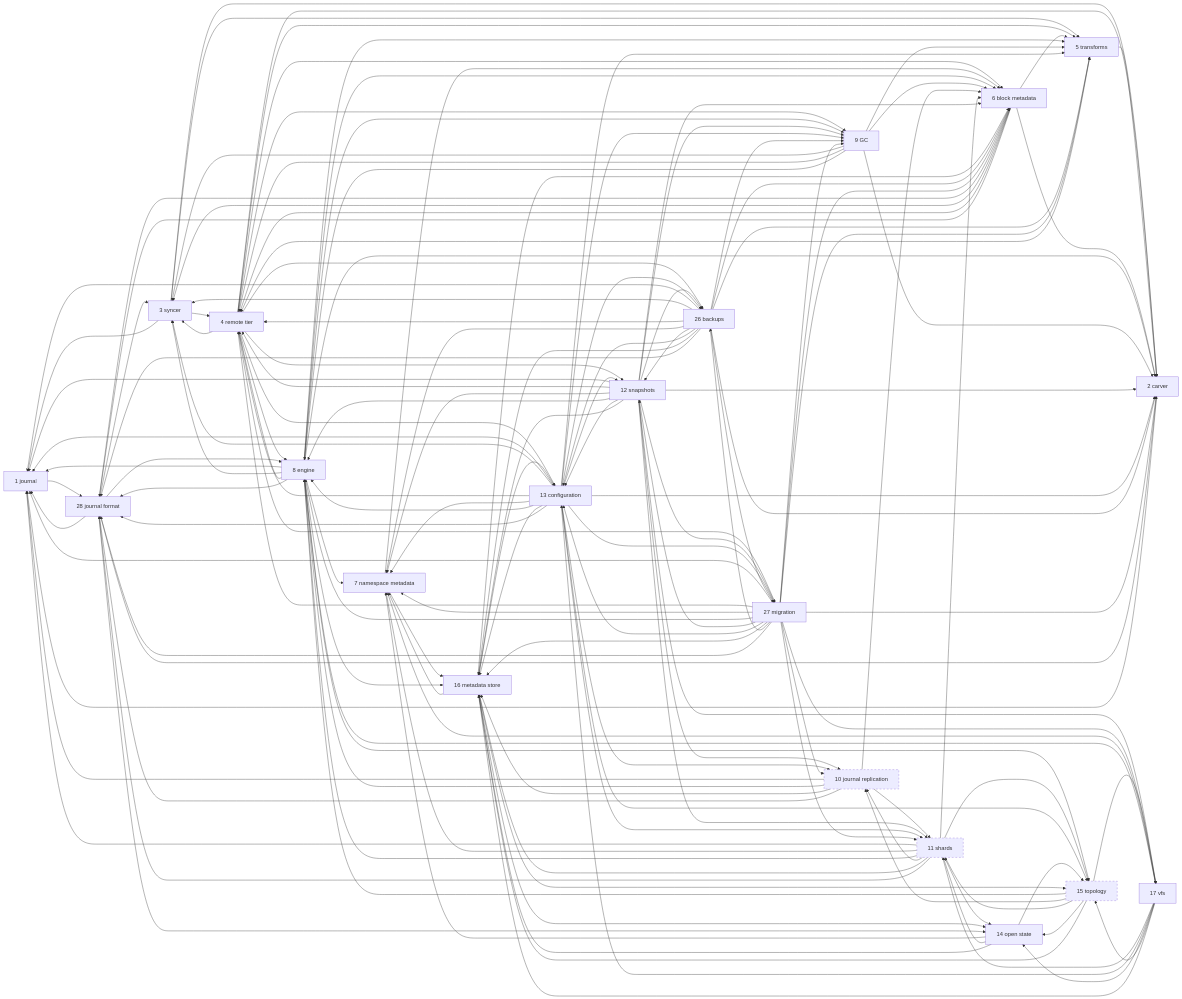
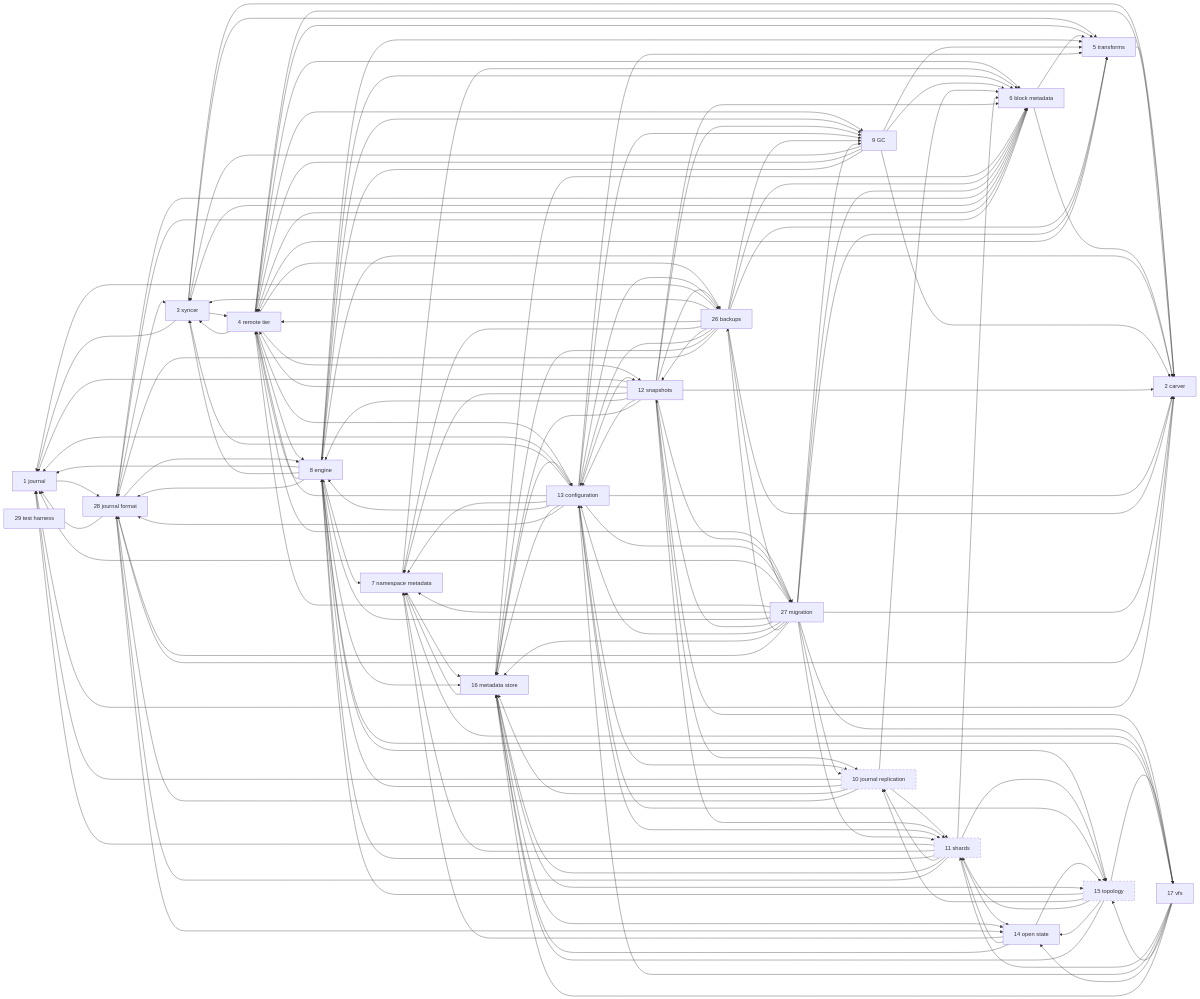
The diagram in docs/internals/rfcs/rfc-index.md (marmos91/dittofs), drawn with Mermaid before and after one commit. The commit also changed other lines of this file and 1 other file, not shown here.

Commit message:
docs(rfc): bring the test-harness RFC into the set as RFC 29

````diff
--- a/docs/internals/rfcs/rfc-index.md
+++ b/docs/internals/rfcs/rfc-index.md
@@ -72,26 +79,27 @@
 ```mermaid
 graph LR
   R1["1 journal"] --> R28
   R2["2 carver"] --> R1
   R3["3 syncer"] --> R1 & R2 & R4 & R5
   R4["4 remote tier"] --> R2 & R3 & R5 & R6 & R8 & R9 & R12 & R13 & R26 & R27
   R5["5 transforms"] --> R2 & R4
   R6["6 block metadata"] --> R2 & R3 & R4 & R5 & R28
   R7["7 namespace metadata"] --> R6 & R16
   R8["8 engine"] --> R1 & R2 & R3 & R4 & R5 & R6 & R7 & R9 & R15 & R16 & R28
   R9["9 GC"] --> R2 & R3 & R4 & R5 & R6 & R8
   R10["10 journal replication"] --> R1 & R6 & R8 & R11 & R16 & R28
   R11["11 shards"] --> R1 & R6 & R7 & R8 & R10 & R14 & R15 & R16 & R28
   R12["12 snapshots"] --> R1 & R2 & R4 & R6 & R7 & R8 & R9 & R10 & R11 & R13 & R16 & R17 & R26 & R27
   R13["13 configuration"] --> R1 & R2 & R3 & R4 & R5 & R7 & R8 & R9 & R10 & R11 & R12 & R15 & R16 & R26 & R27 & R28
   R14["14 open state"] --> R7 & R11 & R15 & R16
   R15["15 topology"] --> R8 & R10 & R11 & R14 & R16 & R17
   R16["16 metadata store"] --> R6 & R7 & R13 & R14 & R15
   R17["17 vfs"] --> R7 & R8 & R11 & R13 & R14 & R15 & R16
   R26["26 backups"] --> R1 & R2 & R3 & R4 & R5 & R6 & R7 & R9 & R12 & R13 & R16 & R27 & R28
   R27["27 migration"] --> R1 & R2 & R4 & R5 & R6 & R7 & R8 & R9 & R10 & R11 & R12 & R13 & R16 & R17 & R26 & R28
   R28["28 journal format"] --> R1 & R2 & R3 & R6 & R8 & R14
+  R29["29 test harness"]
   style R10 stroke-dasharray: 5 5
   style R11 stroke-dasharray: 5 5
   style R15 stroke-dasharray: 5 5
 ```
````
